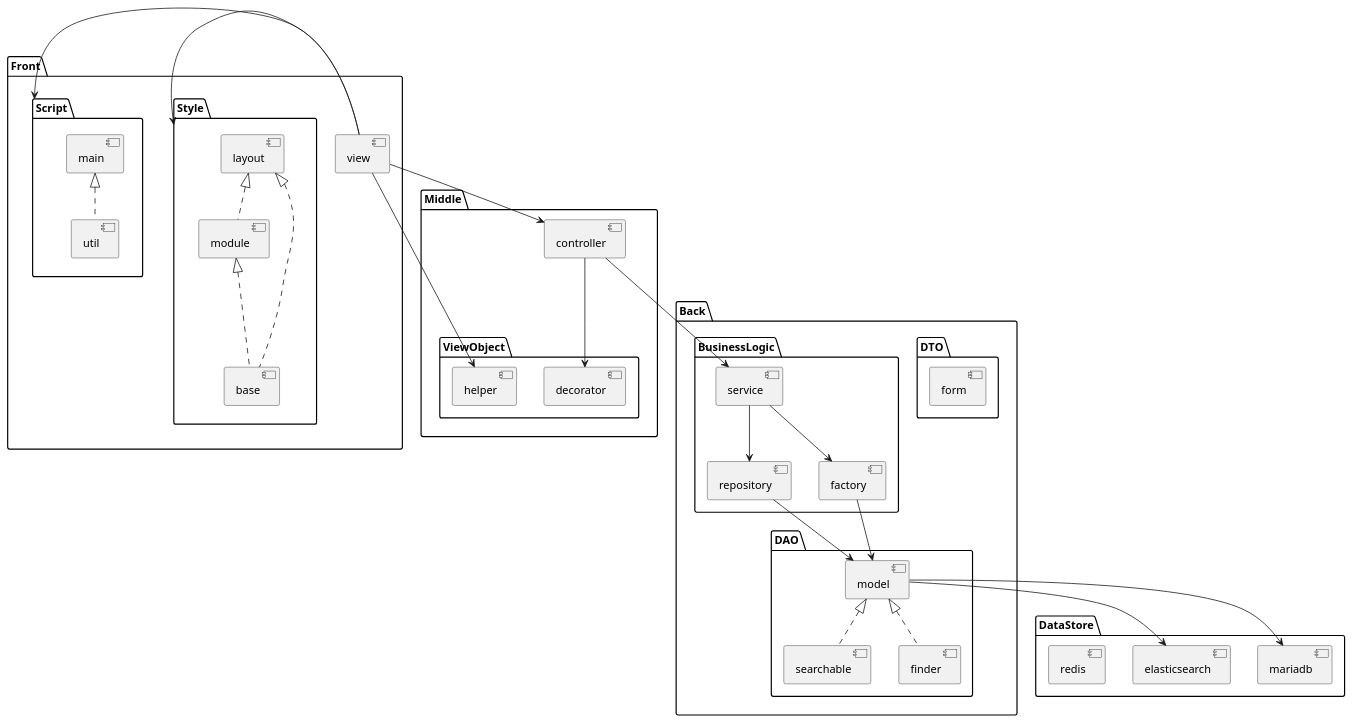
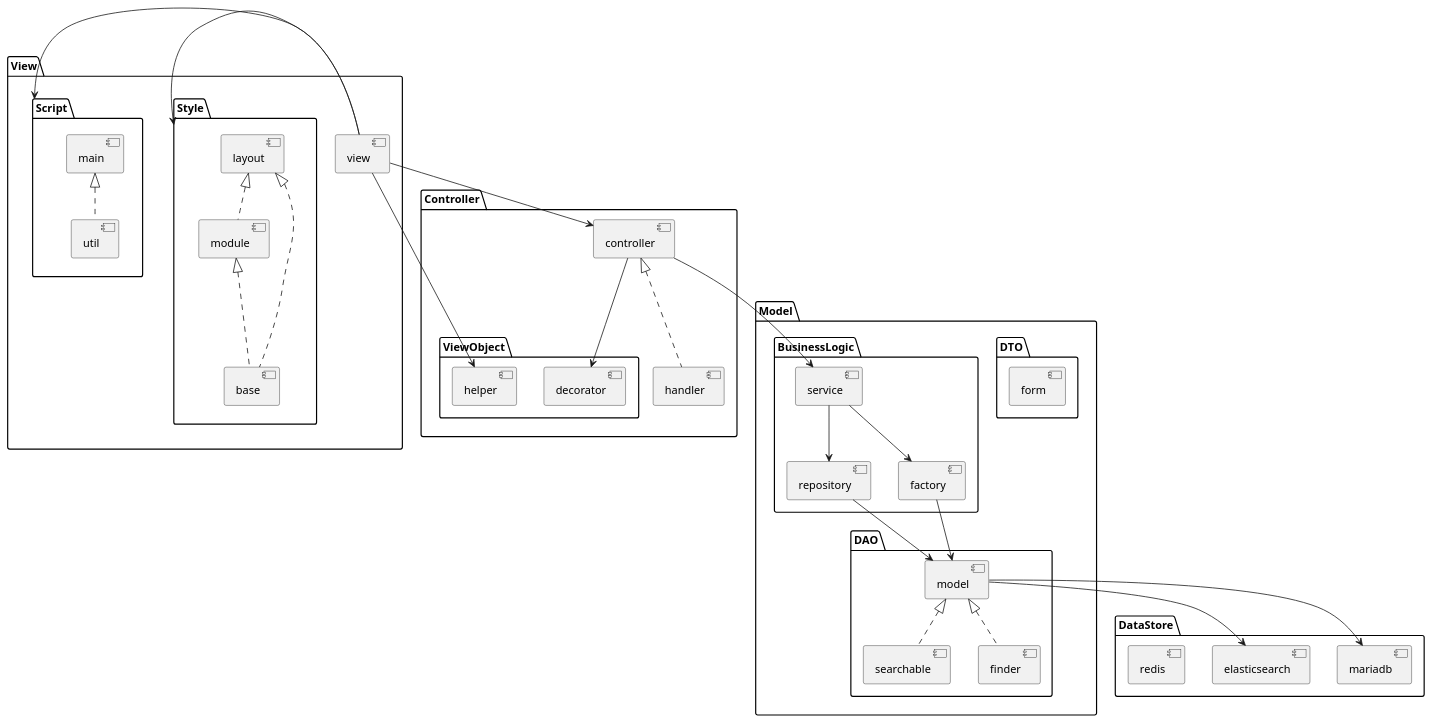
One commit to yuzutas0/my100tales changed the diagram in docs/components.puml. Above: the diagram before and after it, drawn with PlantUML. The commit also changed 1 other file, not shown here.

Commit message:
add handler component to document

```diff
--- a/docs/components.puml
+++ b/docs/components.puml
@@ -1,55 +1,56 @@
 @startuml
 
-package "Front" {
+package "View" {
   [view]
 
   package "Style" {
     view -> Style
     [layout] <|.. [module]
     layout <|.. [base]
     module <|.. base
   }
 
   package "Script" {
     view -> Script
     [main] <|.. [util]
   }
 }
 
-package "Middle" {
+package "Controller" {
   view --> [controller]
+  controller <|.. [handler]
 
   package "ViewObject" {
     view --> [helper]
     controller --> [decorator]
   }
 }
 
-package "Back" {
+package "Model" {
 
   package "DTO" {
     [form]
   }
 
   package "BusinessLogic" {
     controller --> [service]
     service --> [repository]
     service --> [factory]
   }
 
   package "DAO" {
     [model]
     model <|.. [searchable]
     model <|.. [finder]
     factory --> model
     repository --> model
   }
 }
 
 package "DataStore" {
   model --> [mariadb]
   model --> [elasticsearch]
   [redis]
 }
 
 @enduml
```
